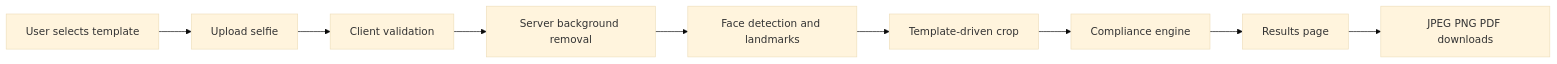
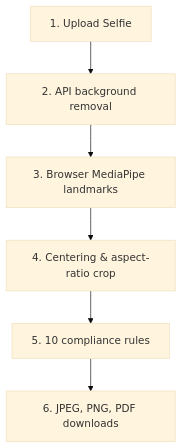
Before and after one commit to MohanNalamalapu/PassportAi: the diagram in markdown_files/ARCHITECTURE.md, drawn with Mermaid (base theme). The commit also changed other lines of this file and 13 other files, not shown here.

````diff
--- a/markdown_files/ARCHITECTURE.md
+++ b/markdown_files/ARCHITECTURE.md
@@ -9,11 +9,8 @@
 ```mermaid
-flowchart LR
-  A[User selects template] --> B[Upload selfie]
-  B --> C[Client validation]
-  C --> D[Server background removal]
-  D --> E[Face detection and landmarks]
-  E --> F[Template-driven crop]
-  F --> G[Compliance engine]
-  G --> H[Results page]
-  H --> I[JPEG PNG PDF downloads]
+flowchart TD
+  Upload[1. Upload Selfie] --> BG[2. API background removal]
+  BG --> Vision[3. Browser MediaPipe landmarks]
+  Vision --> Crop[4. Centering & aspect-ratio crop]
+  Crop --> Check[5. 10 compliance rules]
+  Check --> Export[6. JPEG, PNG, PDF downloads]
 ```
````
